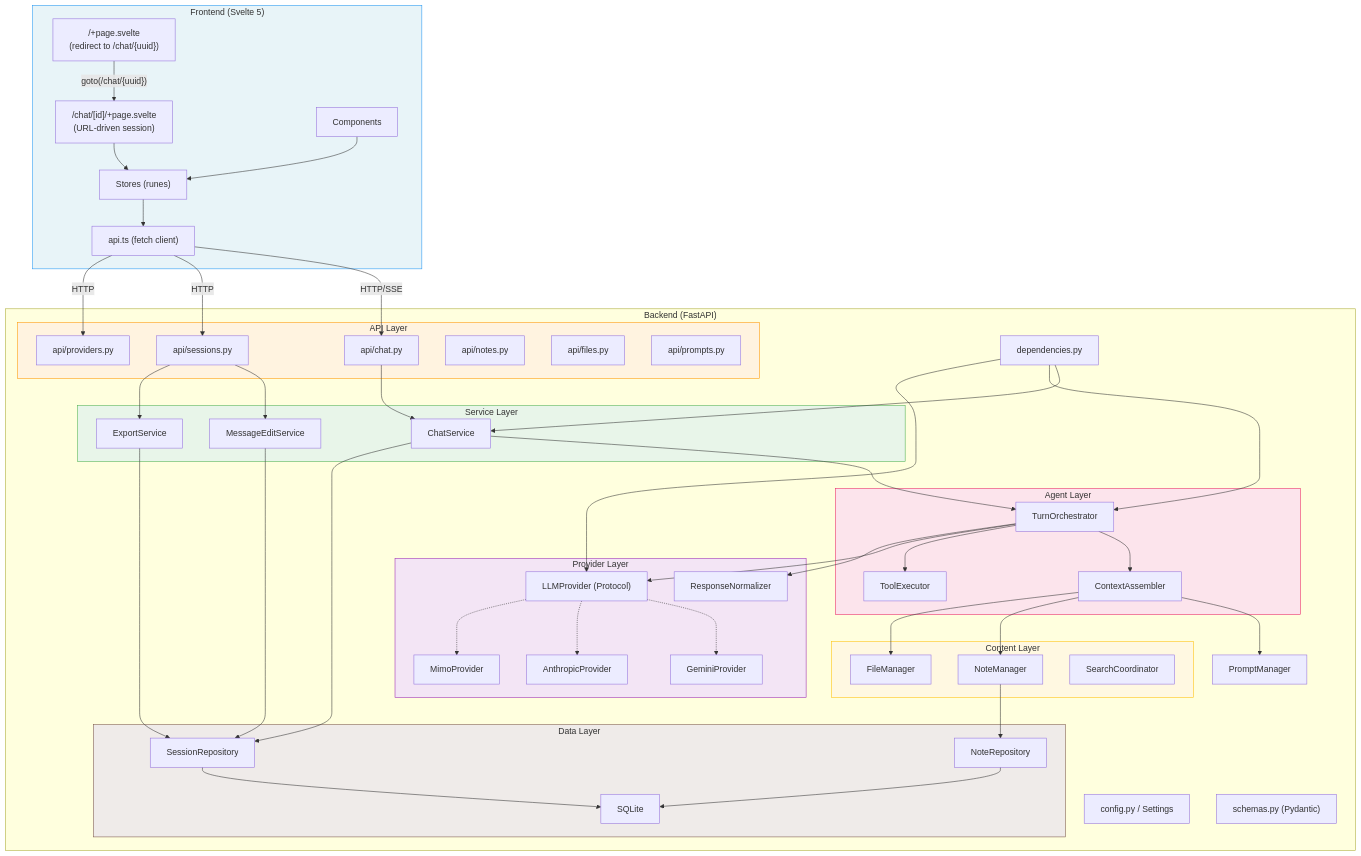
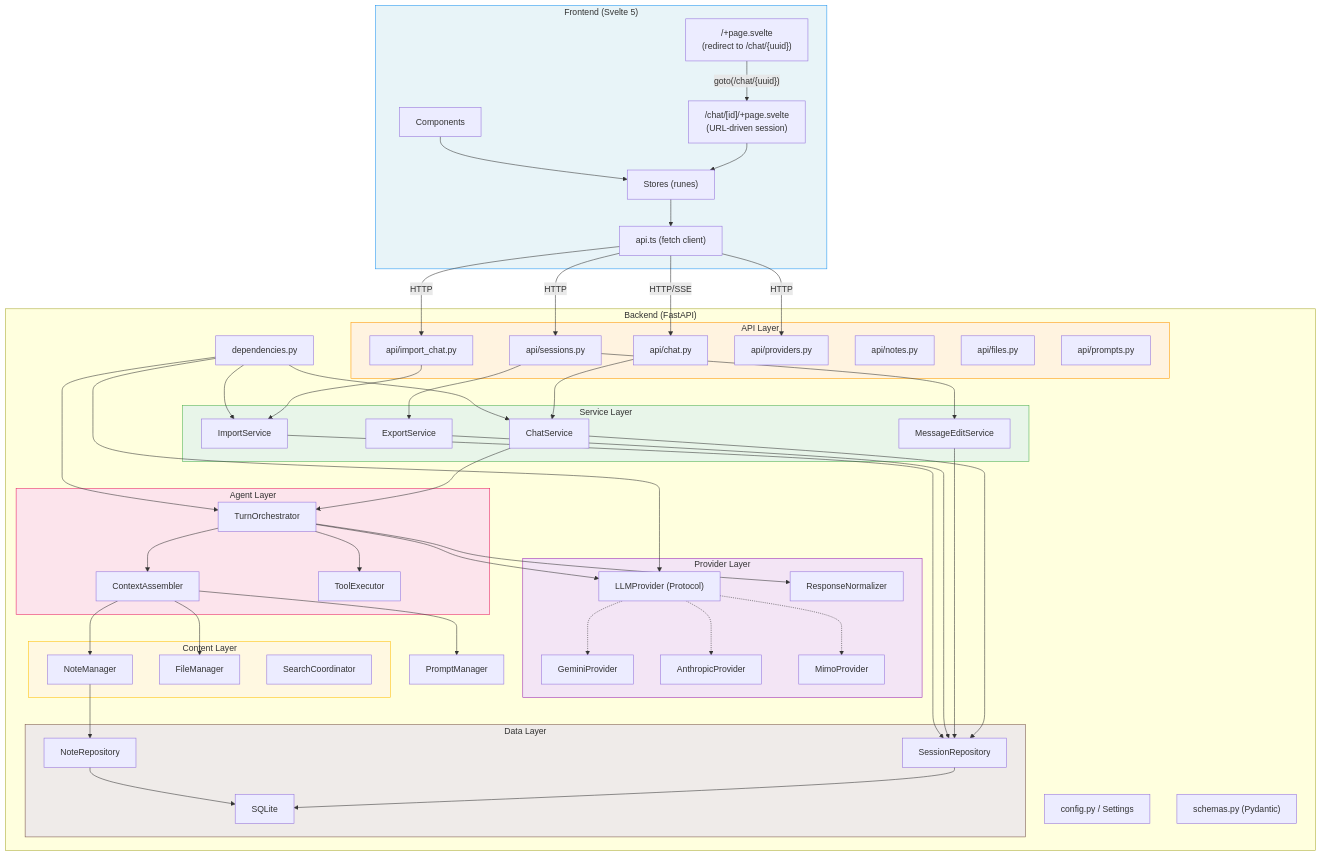
One commit to m1981/kuchnie changed the first of 17 diagrams in kitchen-agent/docs/specs/architecture-diagrams.md. Above: the diagram before and after it, drawn with Mermaid. The commit also changed other lines of this file and 1 other file, not shown here.

First line of the commit message:
docs: add import/export feature documentation and update architecture diagrams

```diff
--- a/kitchen-agent/docs/specs/architecture-diagrams.md
+++ b/kitchen-agent/docs/specs/architecture-diagrams.md
@@ -21,6 +21,7 @@
         subgraph API_Layer["API Layer"]
             ChatRoute["api/chat.py"]
             SessionRoute["api/sessions.py"]
+            ImportRoute["api/import_chat.py"]
             ProviderRoute["api/providers.py"]
             NoteRoute["api/notes.py"]
             FileRoute["api/files.py"]
@@ -31,6 +32,7 @@
             ChatSvc["ChatService"]
             MsgEditor["MessageEditService"]
             ExportSvc["ExportService"]
+            ImportSvc["ImportService"]
         end
 
         subgraph Agent_Layer["Agent Layer"]
@@ -71,11 +73,13 @@
     Components --> Stores
     API -->|HTTP/SSE| ChatRoute
     API -->|HTTP| SessionRoute
+    API -->|HTTP| ImportRoute
     API -->|HTTP| ProviderRoute
 
     ChatRoute --> ChatSvc
     SessionRoute --> MsgEditor
     SessionRoute --> ExportSvc
+    ImportRoute --> ImportSvc
 
     ChatSvc --> Orchestrator
     Orchestrator --> Context
@@ -94,11 +98,13 @@
     ChatSvc --> SessionRepo
     MsgEditor --> SessionRepo
     ExportSvc --> SessionRepo
+    ImportSvc --> SessionRepo
     NoteMgr --> NoteRepo
     SessionRepo --> SQLite
     NoteRepo --> SQLite
 
     DI --> ChatSvc
+    DI --> ImportSvc
     DI --> Orchestrator
     DI --> LLMProvider
 
```
